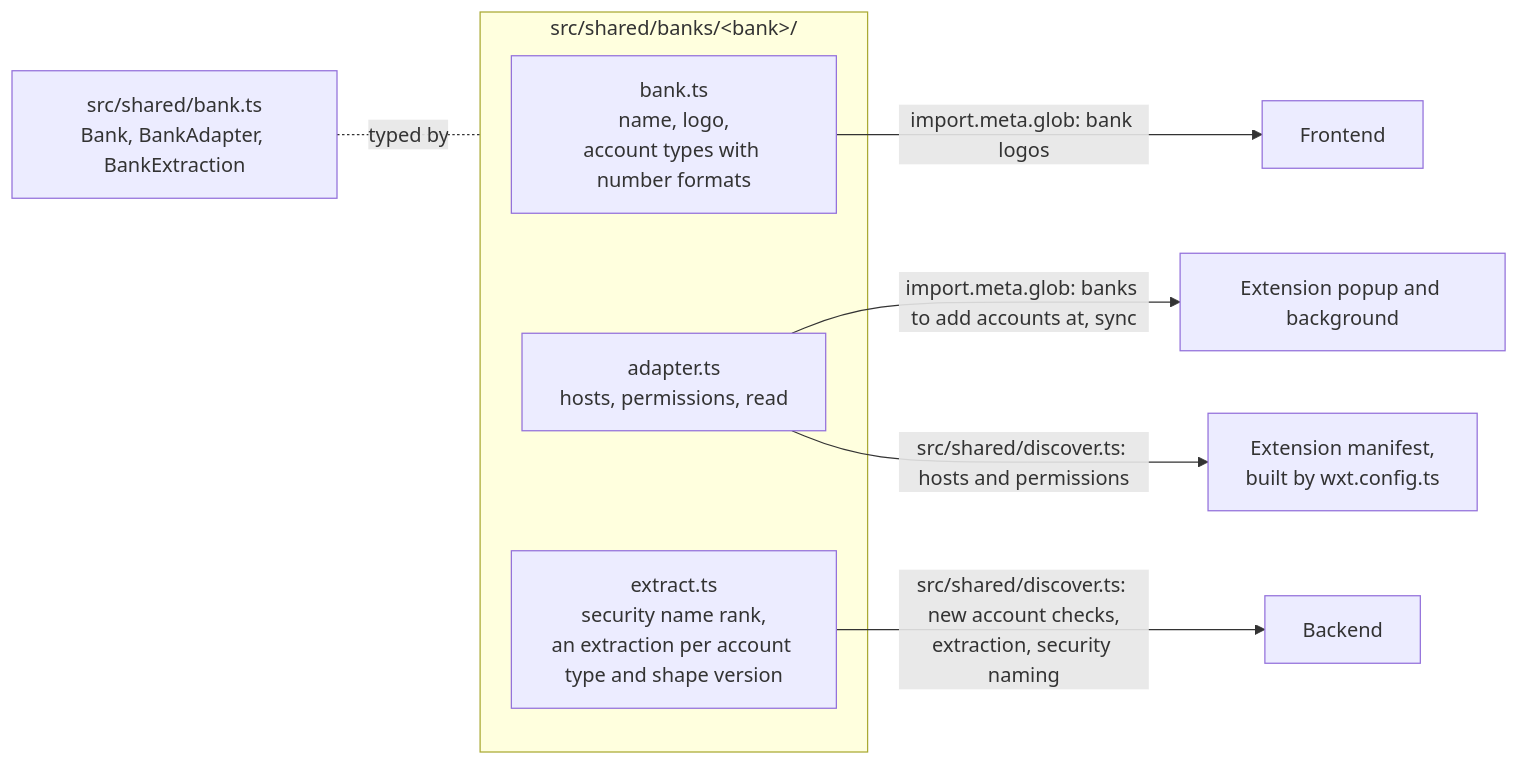
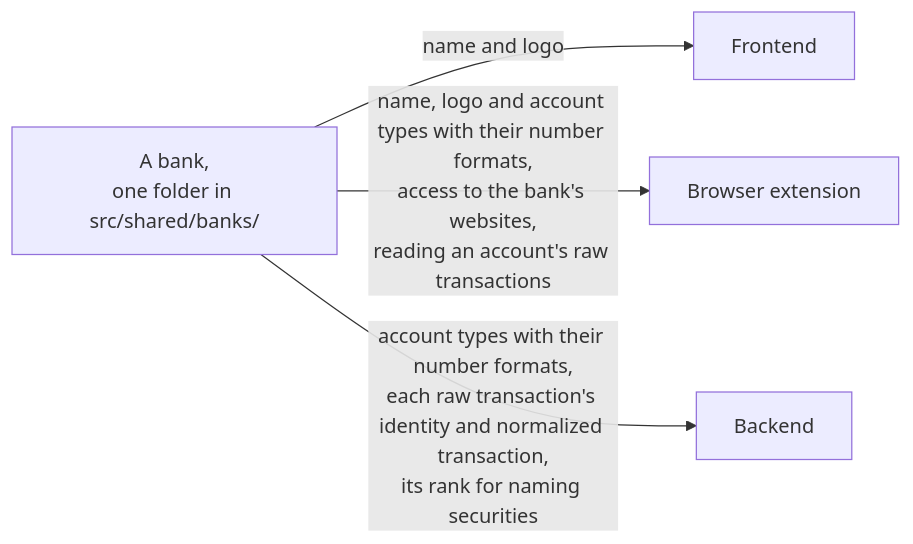
One commit to lennartmoeller/finance-tracker changed the diagram in docs/contract/banks.md. Above: the diagram before and after it, drawn with Mermaid. The commit also changed other lines of this file and 2 other files, not shown here.

Commit message:
refactor: streamline contributing guidelines and update banks documentation

````diff
--- a/docs/contract/banks.md
+++ b/docs/contract/banks.md
@@ -3,18 +3,10 @@
 ```mermaid
 flowchart LR
-  subgraph unit["src/shared/banks/&lt;bank&gt;/"]
-    bank["bank.ts<br/>name, logo,<br/>account types with number formats"]
-    adapter["adapter.ts<br/>hosts, permissions, read"]
-    extract["extract.ts<br/>security name rank,<br/>an extraction per account type and shape version"]
-  end
-  interfaces["src/shared/bank.ts<br/>Bank, BankAdapter, BankExtraction"]
+  bank["A bank,<br/>one folder in src/shared/banks/"]
   frontend["Frontend"]
-  popup["Extension popup and background"]
-  manifest["Extension manifest,<br/>built by wxt.config.ts"]
+  extension["Browser extension"]
   backend["Backend"]
-  interfaces -. "typed by" .- unit
-  bank -- "import.meta.glob: bank logos" --> frontend
-  adapter -- "import.meta.glob: banks to add accounts at, sync" --> popup
-  adapter -- "src/shared/discover.ts: hosts and permissions" --> manifest
-  extract -- "src/shared/discover.ts: new account checks,<br/>extraction, security naming" --> backend
+  bank -- "name and logo" --> frontend
+  bank -- "name, logo and account types with their number formats,<br/>access to the bank's websites,<br/>reading an account's raw transactions" --> extension
+  bank -- "account types with their number formats,<br/>each raw transaction's identity and normalized transaction,<br/>its rank for naming securities" --> backend
 ```
````
